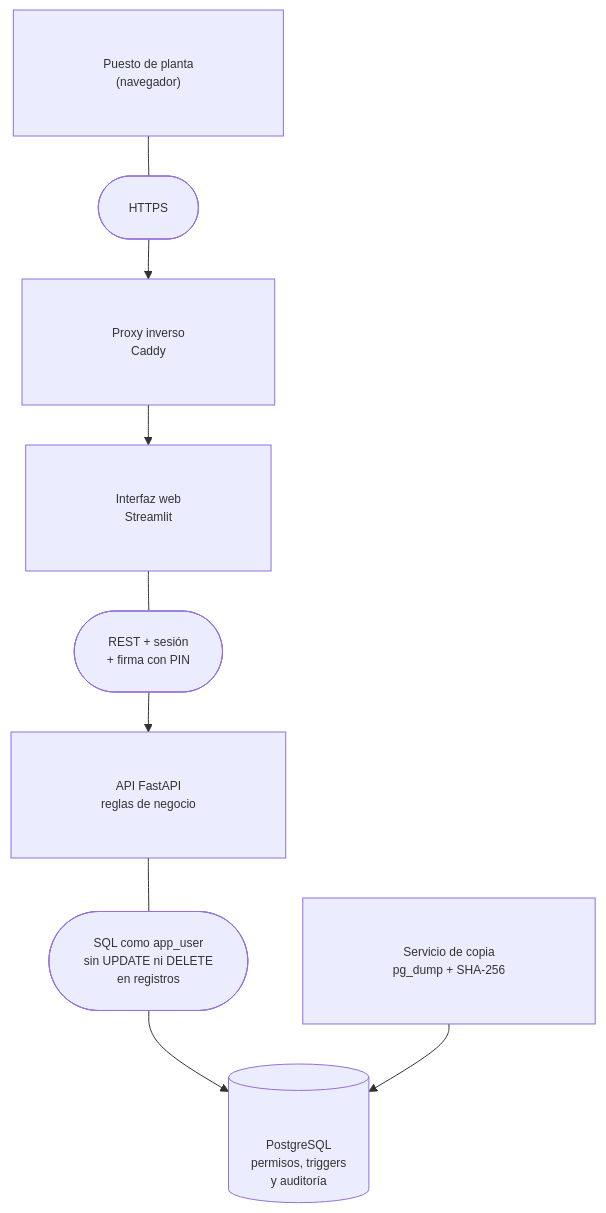
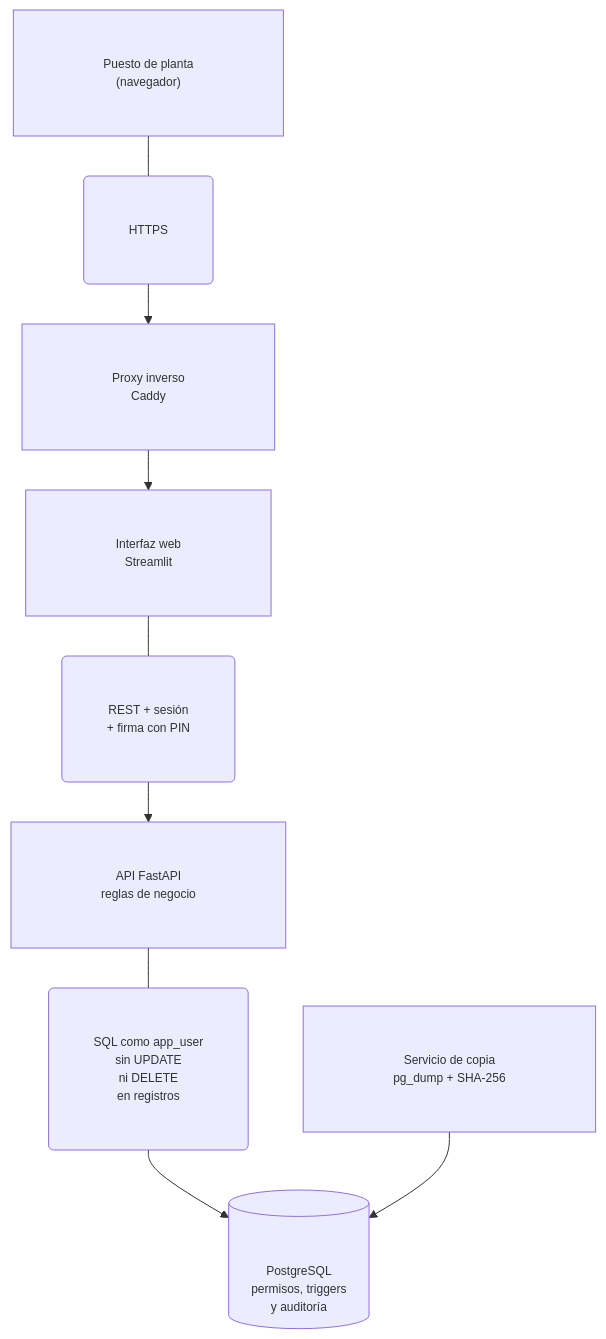
The diagram in README.md (Aless-Mereu/Escaparate-Libro-Diligenciado-Digital), drawn with Mermaid before and after one commit.

Commit message:
cambios estéticos menores

````diff
--- a/README.md
+++ b/README.md
@@ -63,11 +63,11 @@
 ```mermaid
 %%{init: {"themeVariables": {"fontSize": "12px", "fontFamily": "Arial, Helvetica, sans-serif"}, "flowchart": {"htmlLabels": false, "padding": 45, "nodeSpacing": 55, "rankSpacing": 40}}}%%
 flowchart TD
     %% Los textos de las flechas van en cajas propias (forma redondeada):
     %% las cajas tienen fondo opaco y la flecha no las atraviesa.
-    A["Puesto de planta<br/>(navegador)"] --- C1(["HTTPS"]) --> P["Proxy inverso<br/>Caddy"]
+    A["Puesto de planta<br/>(navegador)"] --- C1("HTTPS") --> P["Proxy inverso<br/>Caddy"]
     P --> F["Interfaz web<br/>Streamlit"]
-    F --- C2(["REST + sesión<br/>+ firma con PIN"]) --> B["API FastAPI<br/>reglas de negocio"]
-    B --- C3(["SQL como app_user<br/>sin UPDATE ni DELETE<br/>en registros"]) --> D[("PostgreSQL<br/>permisos, triggers<br/>y auditoría")]
+    F --- C2("REST + sesión<br/>+ firma con PIN") --> B["API FastAPI<br/>reglas de negocio"]
+    B --- C3("SQL como app_user<br/>sin UPDATE<br/>ni DELETE<br/>en registros") --> D[("PostgreSQL<br/>permisos, triggers<br/>y auditoría")]
     K["Servicio de copia<br/>pg_dump + SHA-256"] --> D
 ```
````
